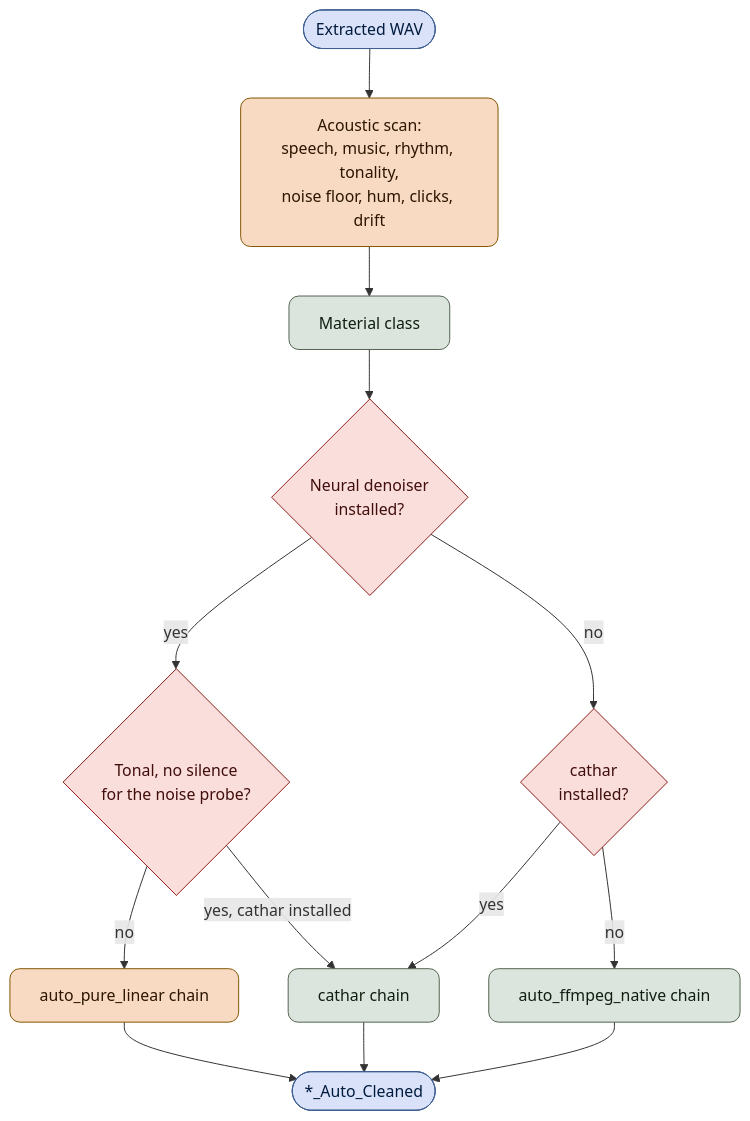
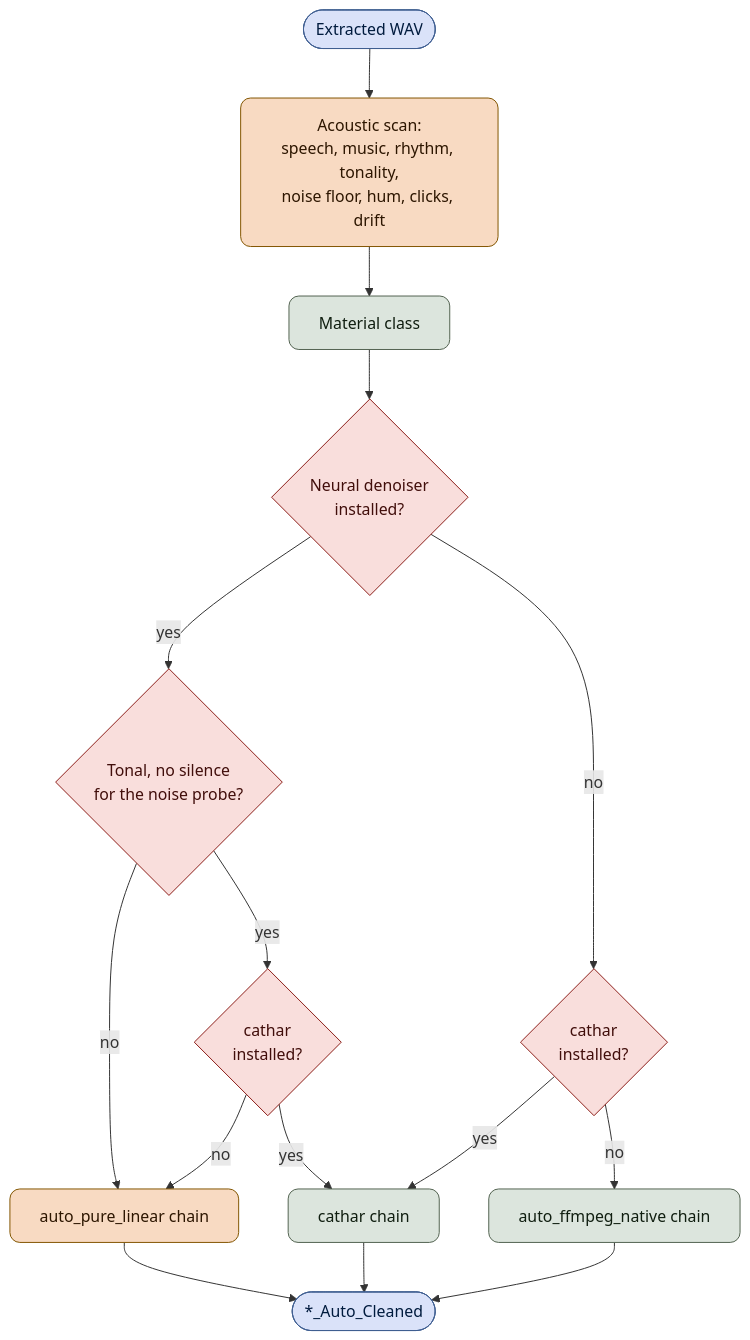
The seventh of 13 diagrams in docs/architecture.md (ventura8/AI-Hybrid-VHS-Audio-Restorer), drawn with Mermaid before and after one commit. The commit also changed other lines of this file and 67 other files, not shown here.

````diff
--- a/docs/architecture.md
+++ b/docs/architecture.md
@@ -290,20 +290,22 @@
 ```mermaid
 flowchart TD
     classDef step fill:#DCE5DD,stroke:#526350,color:#101E10,rx:10,ry:10;
     classDef ai fill:#F8DAC2,stroke:#825500,color:#2D1600,rx:10,ry:10;
     classDef gate fill:#F9DEDC,stroke:#8C1D18,color:#410E0B,rx:6,ry:6;
     classDef io fill:#DAE2F9,stroke:#3F5F91,color:#001B3E,rx:30,ry:30;
 
     A(["Extracted WAV"]):::io --> SC["Acoustic scan:<br/>speech, music, rhythm, tonality,<br/>noise floor, hum, clicks, drift"]:::ai
     SC --> MAT["Material class"]:::step
     MAT --> NE{"Neural denoiser<br/>installed?"}:::gate
     NE -->|yes| TB{"Tonal, no silence<br/>for the noise probe?"}:::gate
     TB -->|no| APL["auto_pure_linear chain"]:::ai
-    TB -->|"yes, cathar installed"| CT["cathar chain"]:::step
+    TB -->|yes| TC{"cathar<br/>installed?"}:::gate
+    TC -->|no| APL
+    TC -->|yes| CT["cathar chain"]:::step
     NE -->|no| CA{"cathar<br/>installed?"}:::gate
     CA -->|yes| CT
     CA -->|no| FN["auto_ffmpeg_native chain"]:::step
     APL --> OUT(["*_Auto_Cleaned"]):::io
     CT --> OUT
     FN --> OUT
 ```
````
